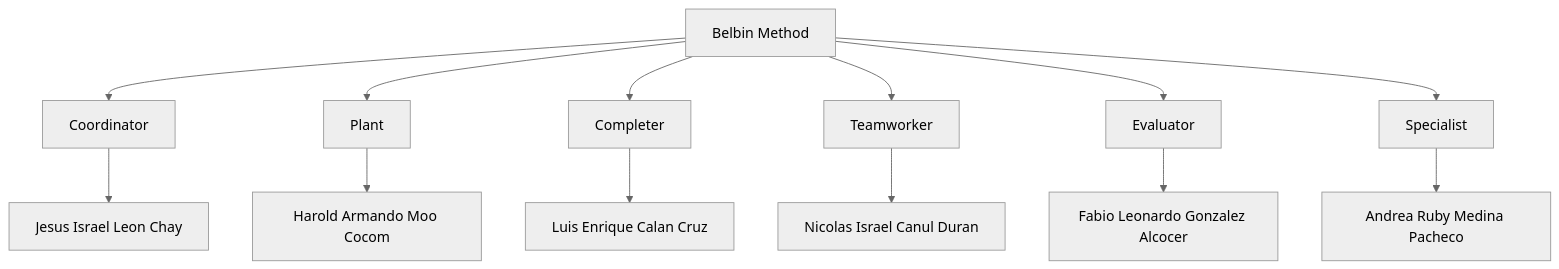
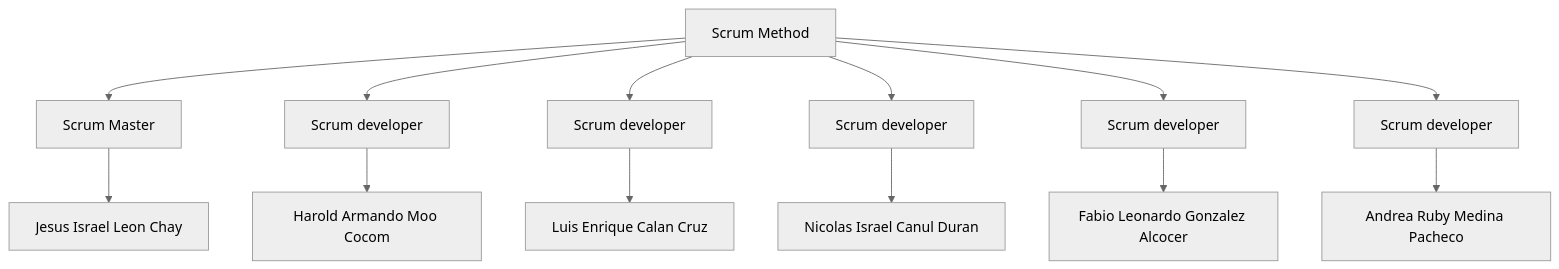
One commit to Chayy80/Repostorio-Equipo-3 changed the diagram in Task_Trial#3/Process.md. Above: the diagram before and after it, drawn with Mermaid (neutral theme). The commit also changed other lines of this file, not shown here.

````diff
--- a/Task_Trial#3/Process.md
+++ b/Task_Trial#3/Process.md
@@ -16,16 +16,16 @@
 ```mermaid
 graph TD;
-    A[Belbin Method] --> B[Coordinator];
-    A --> D[Plant];
-    A --> E[Completer];
-    A --> F[Teamworker];
-    A --> G[Evaluator];
-    A --> H[Specialist];
+    A[Scrum Method] --> B[Scrum Master];
+    A --> D[Scrum developer];
+    A --> E[Scrum developer];
+    A --> F[Scrum developer];
+    A --> G[Scrum developer];
+    A --> H[Scrum developer];
     
     B --> B1[Jesus Israel Leon Chay];
     E --> E1[Luis Enrique Calan Cruz];
 	H --> H1[Andrea Ruby Medina Pacheco]
     D --> D1[Harold Armando Moo Cocom];
     G --> G1[Fabio Leonardo Gonzalez Alcocer];
     F --> F1[Nicolas Israel Canul Duran];
 ```
````
